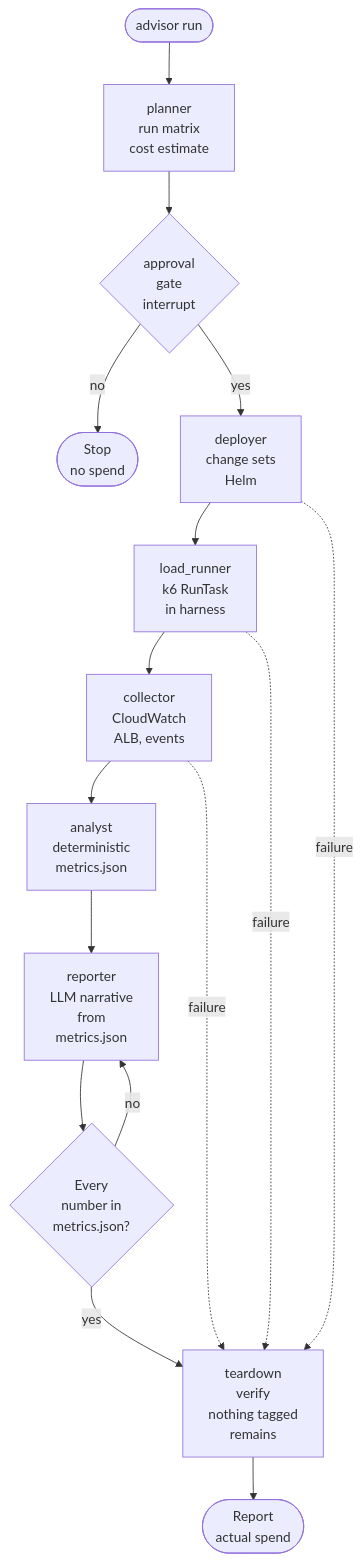
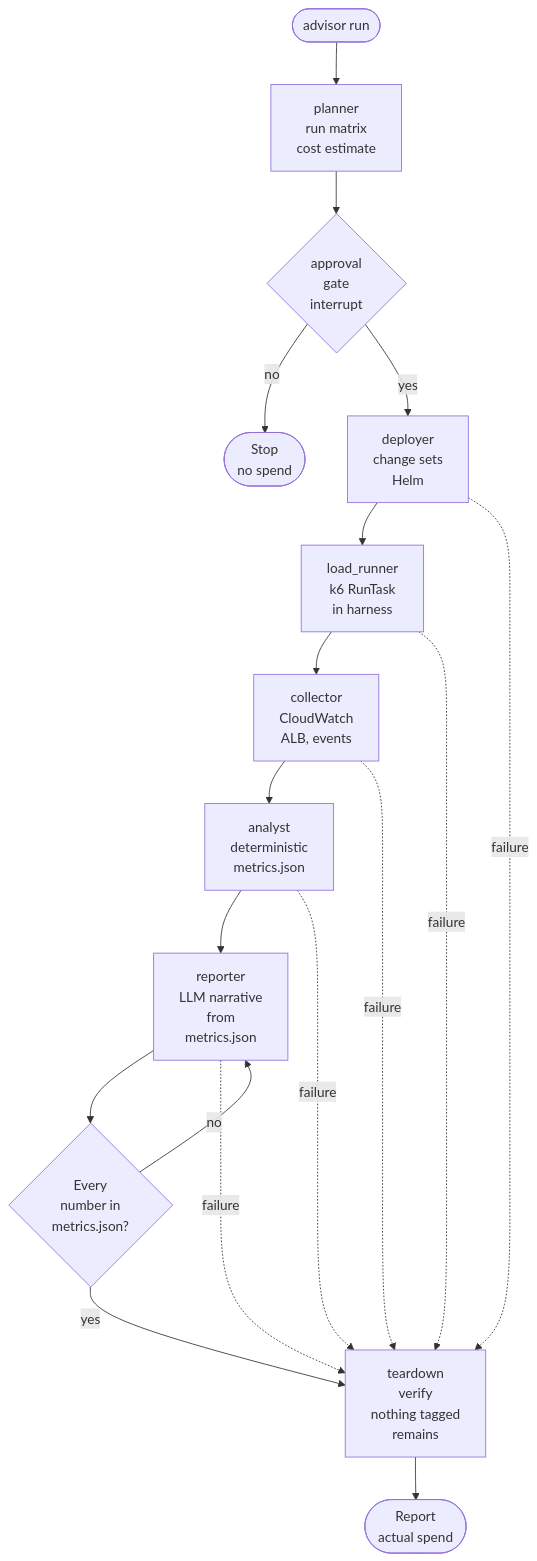
Before and after one commit to MAOFILHO/AWS-Agentic-ECS-EKS-Benchmark: the second of 3 diagrams in docs/architecture.md, drawn with Mermaid. The commit also changed 8 other files, not shown here.

First line of the commit message:
📝 [docs] readme: add a how-it-works section with the agent graph

````diff
--- a/docs/architecture.md
+++ b/docs/architecture.md
@@ -35,18 +35,20 @@
 ```mermaid
 flowchart TD
     start(["advisor run"]) --> planner["planner<br/>run matrix<br/>cost estimate"]
     planner --> gate{"approval<br/>gate<br/>interrupt"}
     gate -->|no| stop(["Stop<br/>no spend"])
     gate -->|yes| deployer["deployer<br/>change sets<br/>Helm"]
     deployer --> loadr["load_runner<br/>k6 RunTask<br/>in harness"]
     loadr --> collector["collector<br/>CloudWatch<br/>ALB, events"]
     collector --> analyst["analyst<br/>deterministic<br/>metrics.json"]
     analyst --> reporter["reporter<br/>LLM narrative<br/>from<br/>metrics.json"]
     reporter --> check{"Every<br/>number in<br/>metrics.json?"}
     check -->|no| reporter
     check -->|yes| teardown["teardown<br/>verify<br/>nothing tagged<br/>remains"]
     deployer -. "failure" .-> teardown
     loadr -. "failure" .-> teardown
     collector -. "failure" .-> teardown
+    analyst -. "failure" .-> teardown
+    reporter -. "failure" .-> teardown
     teardown --> done(["Report<br/>actual spend"])
 ```
````
